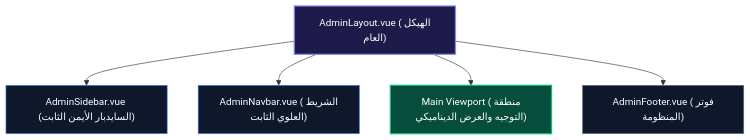
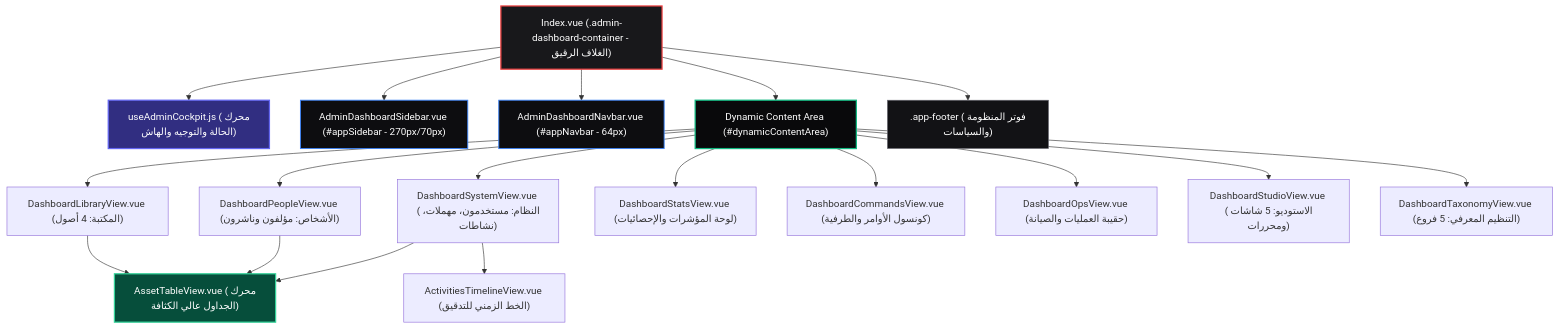
Before and after one commit to Hassan-Razhei/EntityPostgre: the diagram in .agent/frontend/decomposition_map.md, drawn with Mermaid. The commit also changed other lines of this file and 3 other files, not shown here.

````diff
--- a/.agent/frontend/decomposition_map.md
+++ b/.agent/frontend/decomposition_map.md
@@ -19,14 +19,31 @@
 ```mermaid
 graph TD
-    AppShell["AdminLayout.vue (الهيكل العام)"]
-    AppShell --> Sidebar["AdminSidebar.vue (السايدبار الأيمن الثابت)"]
-    AppShell --> Navbar["AdminNavbar.vue (الشريط العلوي الثابت)"]
-    AppShell --> Main["Main Viewport (منطقة التوجيه والعرض الديناميكي)"]
-    AppShell --> Footer["AdminFooter.vue (فوتر المنظومة)"]
+    Container["Index.vue (.admin-dashboard-container - الغلاف الرقيق)"]
+    Container --> useAdminCockpit["useAdminCockpit.js (محرك الحالة والتوجيه والهاش)"]
+    Container --> Sidebar["AdminDashboardSidebar.vue (#appSidebar - 270px/70px)"]
+    Container --> Navbar["AdminDashboardNavbar.vue (#appNavbar - 64px)"]
+    Container --> MainViewport["Dynamic Content Area (#dynamicContentArea)"]
+    Container --> Footer[".app-footer (فوتر المنظومة والسياسات)"]
 
-    style AppShell fill:#1e1b4b,stroke:#818cf8,stroke-width:2px,color:#fff
-    style Sidebar fill:#0f172a,stroke:#3b82f6,stroke-width:1px,color:#fff
-    style Navbar fill:#0f172a,stroke:#3b82f6,stroke-width:1px,color:#fff
-    style Main fill:#064e3b,stroke:#10b981,stroke-width:2px,color:#fff
-    style Footer fill:#0f172a,stroke:#64748b,stroke-width:1px,color:#fff
+    MainViewport --> LibraryView["DashboardLibraryView.vue (المكتبة: 4 أصول)"]
+    MainViewport --> PeopleView["DashboardPeopleView.vue (الأشخاص: مؤلفون وناشرون)"]
+    MainViewport --> SystemView["DashboardSystemView.vue (النظام: مستخدمون، مهملات، نشاطات)"]
+    MainViewport --> StatsView["DashboardStatsView.vue (لوحة المؤشرات والإحصائيات)"]
+    MainViewport --> CommandsView["DashboardCommandsView.vue (كونسول الأوامر والطرفية)"]
+    MainViewport --> OpsView["DashboardOpsView.vue (حقيبة العمليات والصيانة)"]
+    MainViewport --> StudioView["DashboardStudioView.vue (الاستوديو: 5 شاشات ومحررات)"]
+    MainViewport --> TaxonomyView["DashboardTaxonomyView.vue (التنظيم المعرفي: 5 فروع)"]
+
+    LibraryView --> TableEngine["AssetTableView.vue (محرك الجداول عالي الكثافة)"]
+    PeopleView --> TableEngine
+    SystemView --> TableEngine
+    SystemView --> TimelineEngine["ActivitiesTimelineView.vue (الخط الزمني للتدقيق)"]
+
+    style Container fill:#18181b,stroke:#ef4444,stroke-width:2px,color:#fff
+    style useAdminCockpit fill:#312e81,stroke:#6366f1,stroke-width:2px,color:#fff
+    style Sidebar fill:#0d0d10,stroke:#3b82f6,stroke-width:1.5px,color:#fff
+    style Navbar fill:#0d0d10,stroke:#3b82f6,stroke-width:1.5px,color:#fff
+    style MainViewport fill:#09090b,stroke:#10b981,stroke-width:2px,color:#fff
+    style TableEngine fill:#064e3b,stroke:#34d399,stroke-width:2px,color:#fff
+    style Footer fill:#121215,stroke:#71717a,stroke-width:1px,color:#fff
 ```
````
